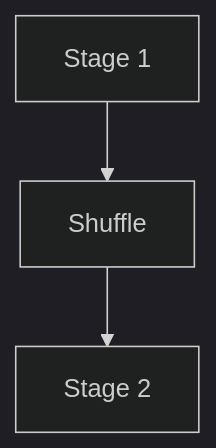
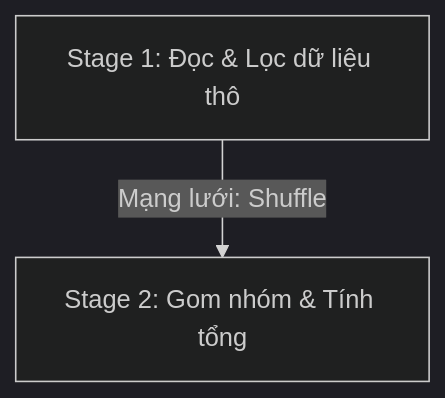
Before and after one commit to kythuatdulieu/kythuatdulieu.github.io: the diagram in src/content/docs/concepts/spark-jobs-stages-tasks.md, drawn with Mermaid (dark theme). The commit also changed other lines of this file and 179 other files, not shown here.

Commit message:
fix: build error and mermaid theme

````diff
--- a/src/content/docs/concepts/spark-jobs-stages-tasks.md
+++ b/src/content/docs/concepts/spark-jobs-stages-tasks.md
@@ -46,5 +49,4 @@
 ```mermaid
 graph TD
-    Stage1[Stage 1] --> Shuffle[Shuffle]
-    Shuffle --> Stage2[Stage 2]
+    Stage1[Stage 1: Đọc & Lọc dữ liệu thô] -->|Mạng lưới: Shuffle| Stage2[Stage 2: Gom nhóm & Tính tổng]
 ```
````
